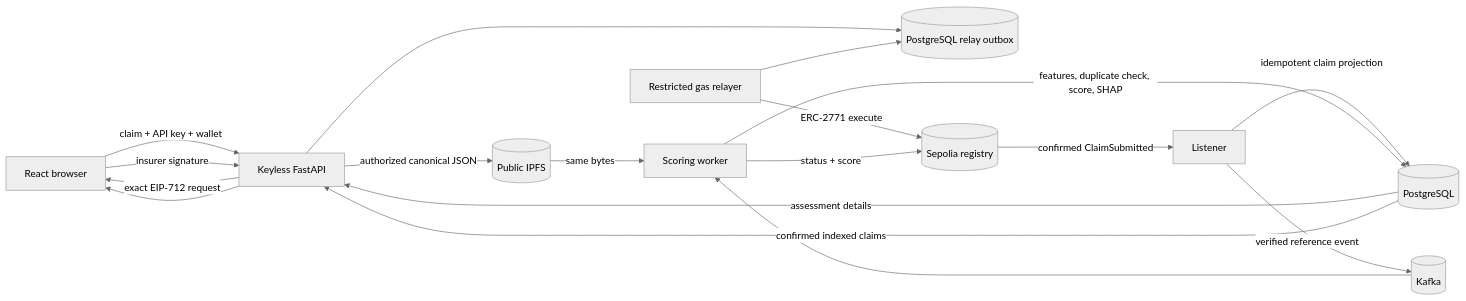
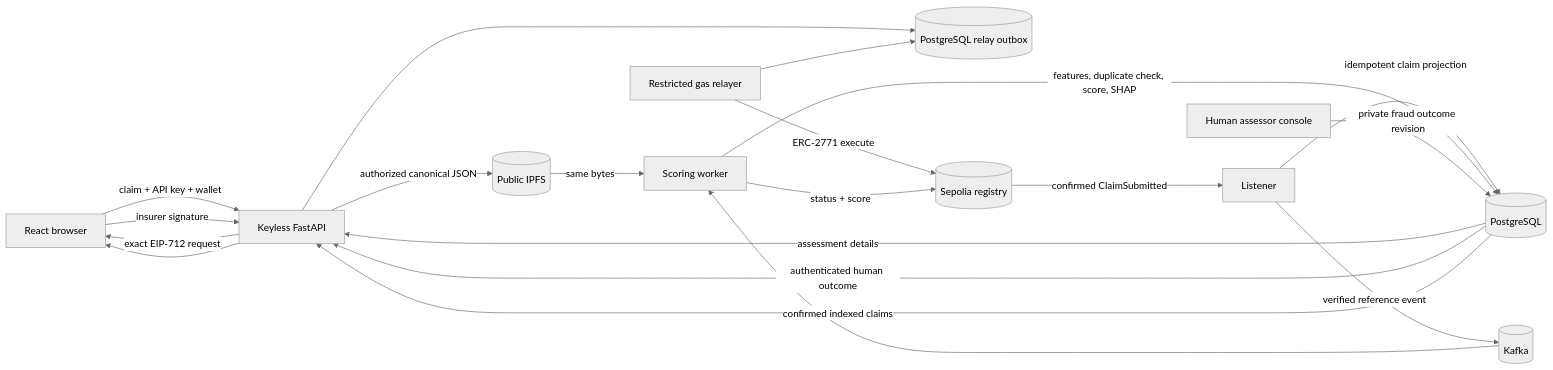
The first of 3 diagrams in README.md (ganesh1997oli/Decentralized-Claims-Registry), drawn with Mermaid (neutral theme) before and after one commit. The commit also changed other lines of this file and 24 other files, not shown here.

Commit message:
human assessor outcomes

````diff
--- a/README.md
+++ b/README.md
@@ -13,20 +13,22 @@
 ```mermaid
 flowchart LR
     Browser["React browser"] -->|"claim + API key + wallet"| API["Keyless FastAPI"]
     API -->|"authorized canonical JSON"| IPFS[("Public IPFS")]
     API -->|"exact EIP-712 request"| Browser
     Browser -->|"insurer signature"| API
     API --> Outbox[("PostgreSQL relay outbox")]
     Relayer["Restricted gas relayer"] --> Outbox
     Relayer -->|"ERC-2771 execute"| Chain[("Sepolia registry")]
     Chain -->|"confirmed ClaimSubmitted"| Listener["Listener"]
     Listener -->|"idempotent claim projection"| Postgres[("PostgreSQL")]
     Listener -->|"verified reference event"| Kafka[("Kafka")]
     Kafka --> Worker["Scoring worker"]
     IPFS -->|"same bytes"| Worker
     Worker -->|"features, duplicate check, score, SHAP"| Postgres
     Worker -->|"status + score"| Chain
+    Assessor["Human assessor console"] -->|"private fraud outcome revision"| Postgres
     Postgres -->|"assessment details"| API
+    Postgres -->|"authenticated human outcome"| API
     Postgres -->|"confirmed indexed claims"| API
     API --> Browser
 ```
````
